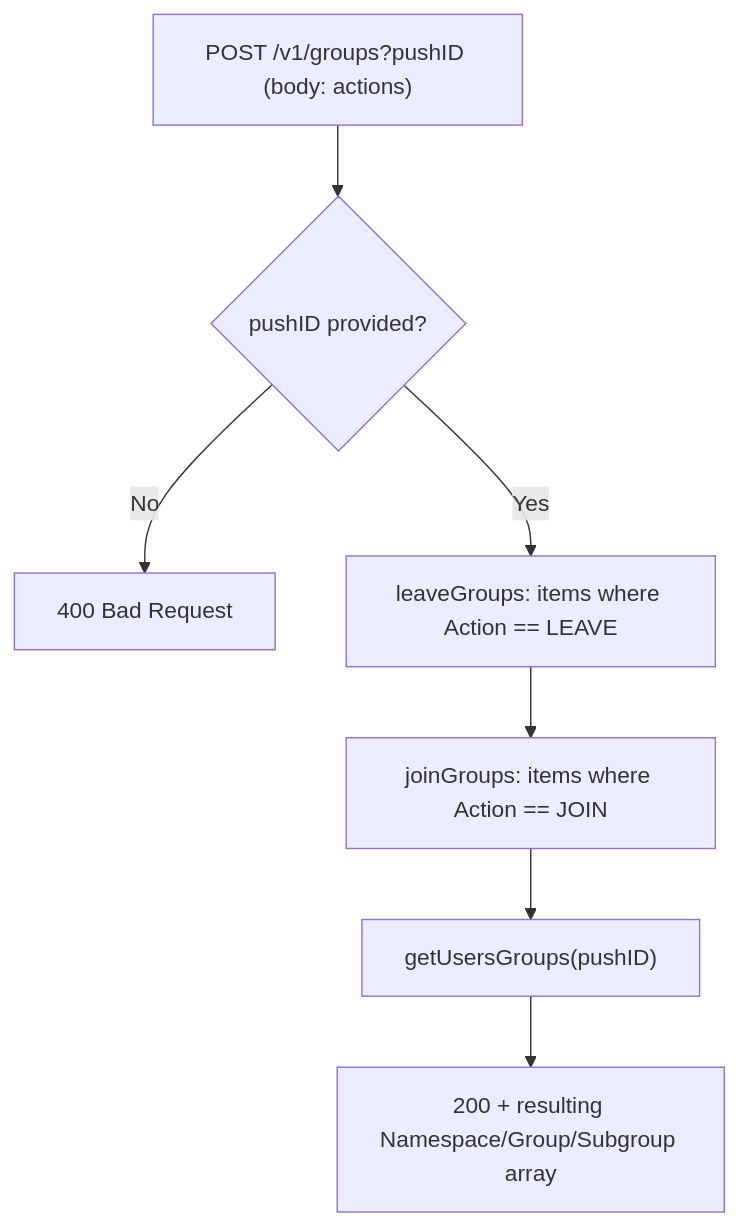
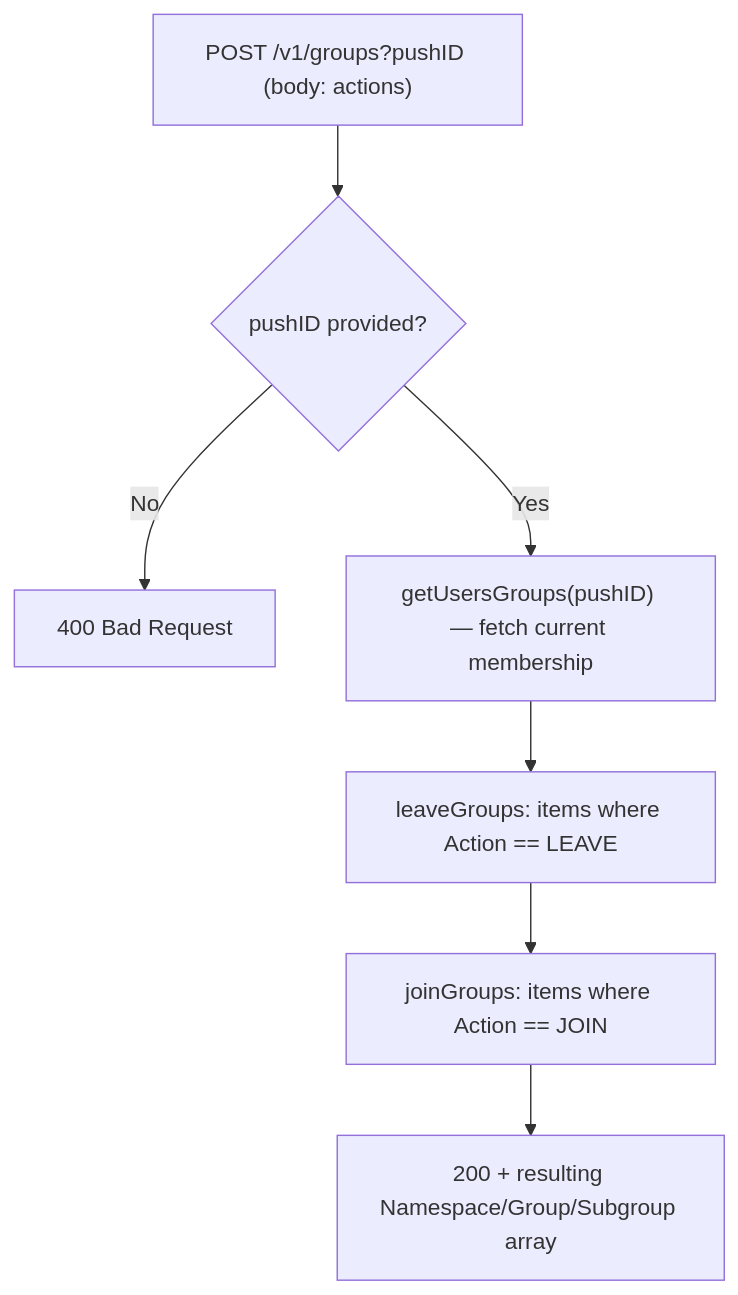
Before and after one commit to govuk-once/gds-unified-notification-service: the diagram in src/lambdas/flex/http.modifyGroups/README.md, drawn with Mermaid. The commit also changed 9 other files, not shown here.

````diff
--- a/src/lambdas/flex/http.modifyGroups/README.md
+++ b/src/lambdas/flex/http.modifyGroups/README.md
@@ -29,9 +29,9 @@
 ```mermaid
 flowchart TD
     A["POST /v1/groups?pushID (body: actions)"] --> B{pushID provided?}
     B -- No --> C[400 Bad Request]
-    B -- Yes --> D["leaveGroups: items where Action == LEAVE"]
-    D --> E["joinGroups: items where Action == JOIN"]
-    E --> F["getUsersGroups(pushID)"]
+    B -- Yes --> D["getUsersGroups(pushID) — fetch current membership"]
+    D --> E["leaveGroups: items where Action == LEAVE"]
+    E --> F["joinGroups: items where Action == JOIN"]
     F --> G[200 + resulting Namespace/Group/Subgroup array]
 ```
````
